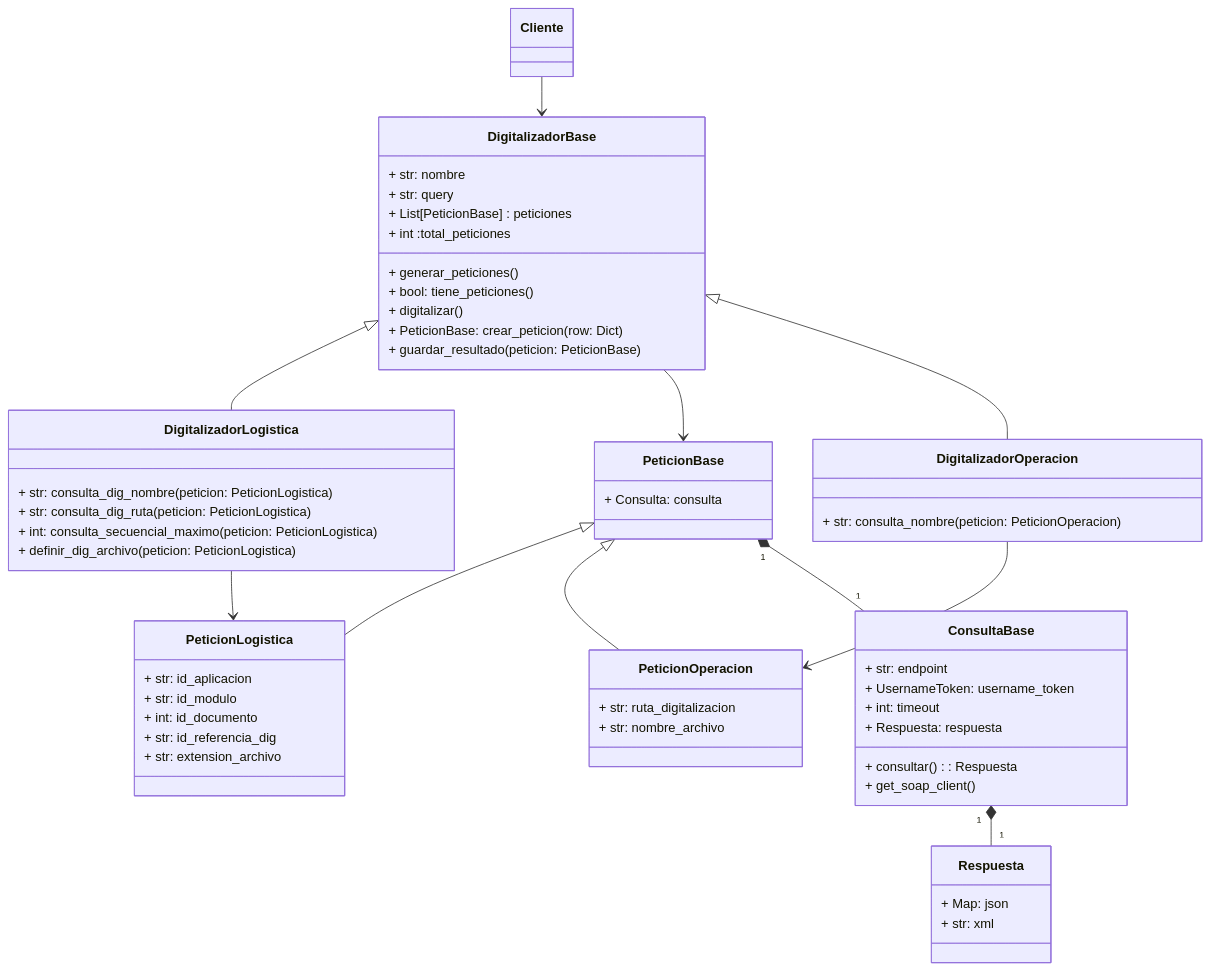
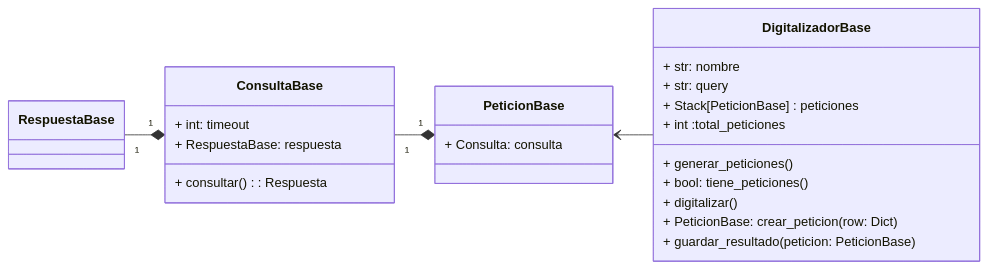
The first of 4 diagrams in docs/digitalizador/clases.md (fegarza/aduasis-doc), drawn with Mermaid before and after one commit. The commit also changed other lines of this file and 2 other files, not shown here.

````diff
--- a/docs/digitalizador/clases.md
+++ b/docs/digitalizador/clases.md
@@ -5,68 +6,39 @@
 ```mermaid
  classDiagram
-        class Cliente{
-
-        }
-
+    direction RL
         class DigitalizadorBase{
             + str: nombre
             + str: query
-            + List[PeticionBase] : peticiones
+            + Stack[PeticionBase] : peticiones
             + int :total_peticiones
             + generar_peticiones()
             + bool: tiene_peticiones()
             + digitalizar()
             + PeticionBase: crear_peticion(row: Dict)
             + guardar_resultado(peticion: PeticionBase)
         }
-
-        class DigitalizadorLogistica{
-            + str: consulta_dig_nombre(peticion: PeticionLogistica)
-            + str: consulta_dig_ruta(peticion: PeticionLogistica)
-            + int: consulta_secuencial_maximo(peticion: PeticionLogistica)
-            + definir_dig_archivo(peticion: PeticionLogistica)
-        }
-        class PeticionLogistica{
-            + str: id_aplicacion
-            + str: id_modulo
-            + int: id_documento
-            + str: id_referencia_dig
-            + str: extension_archivo
-        }
+     
 
         class PeticionBase{
             + Consulta: consulta
         }
 
-        class DigitalizadorOperacion{
-            + str: consulta_nombre(peticion: PeticionOperacion)
-        }
-        class PeticionOperacion{
-            + str: ruta_digitalizacion
-            + str: nombre_archivo
-        } 
         class ConsultaBase{
-            + str: endpoint
-            + UsernameToken: username_token
             + int: timeout
-            + Respuesta: respuesta
+            + RespuestaBase: respuesta
             + consultar(): Respuesta
-            + get_soap_client()
+            
         }
 
-        class Respuesta{
-            + Map: json
-            + str: xml
+        class RespuestaBase{
+            
         }
-        
-        Cliente-->DigitalizadorBase
-        DigitalizadorBase <|-- DigitalizadorLogistica
+      
+ 
         DigitalizadorBase --> PeticionBase
-        PeticionBase <|-- PeticionLogistica
-        DigitalizadorBase <|-- DigitalizadorOperacion
-        PeticionBase <|-- PeticionOperacion
-        DigitalizadorOperacion --> PeticionOperacion
-        DigitalizadorLogistica --> PeticionLogistica
+
         PeticionBase "1" *-- "1" ConsultaBase
-        ConsultaBase "1" *-- "1" Respuesta
+
+        ConsultaBase "1" *-- "1" RespuestaBase
+
 ```
````
